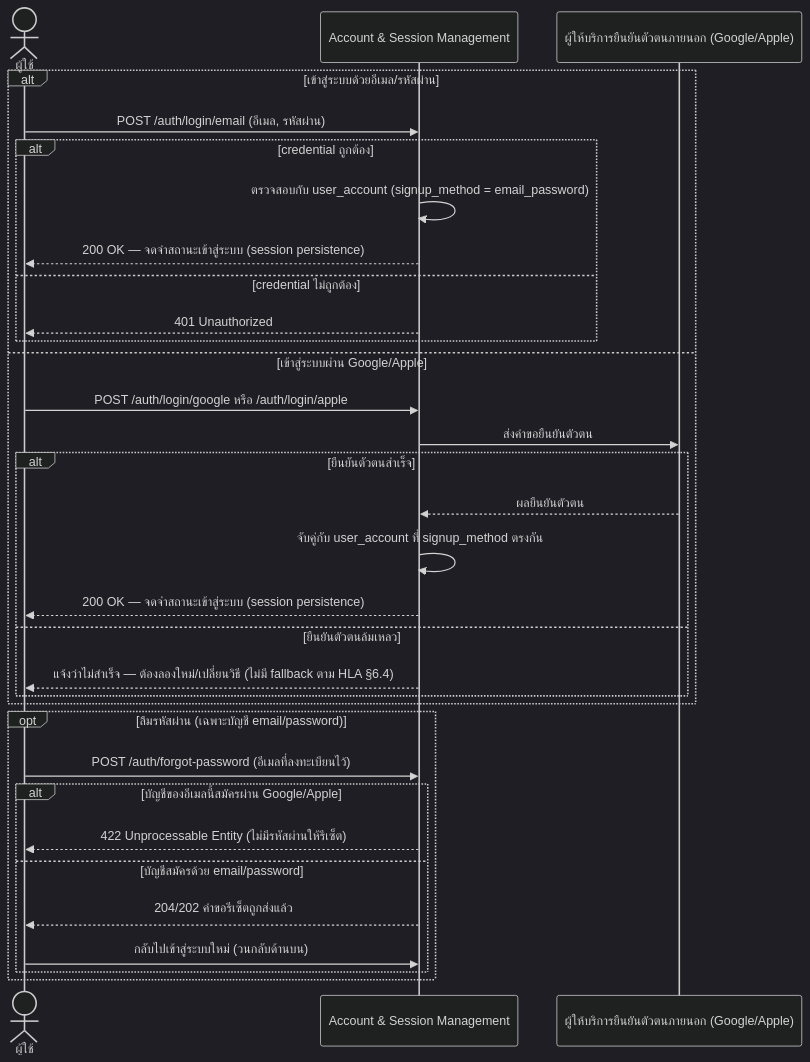
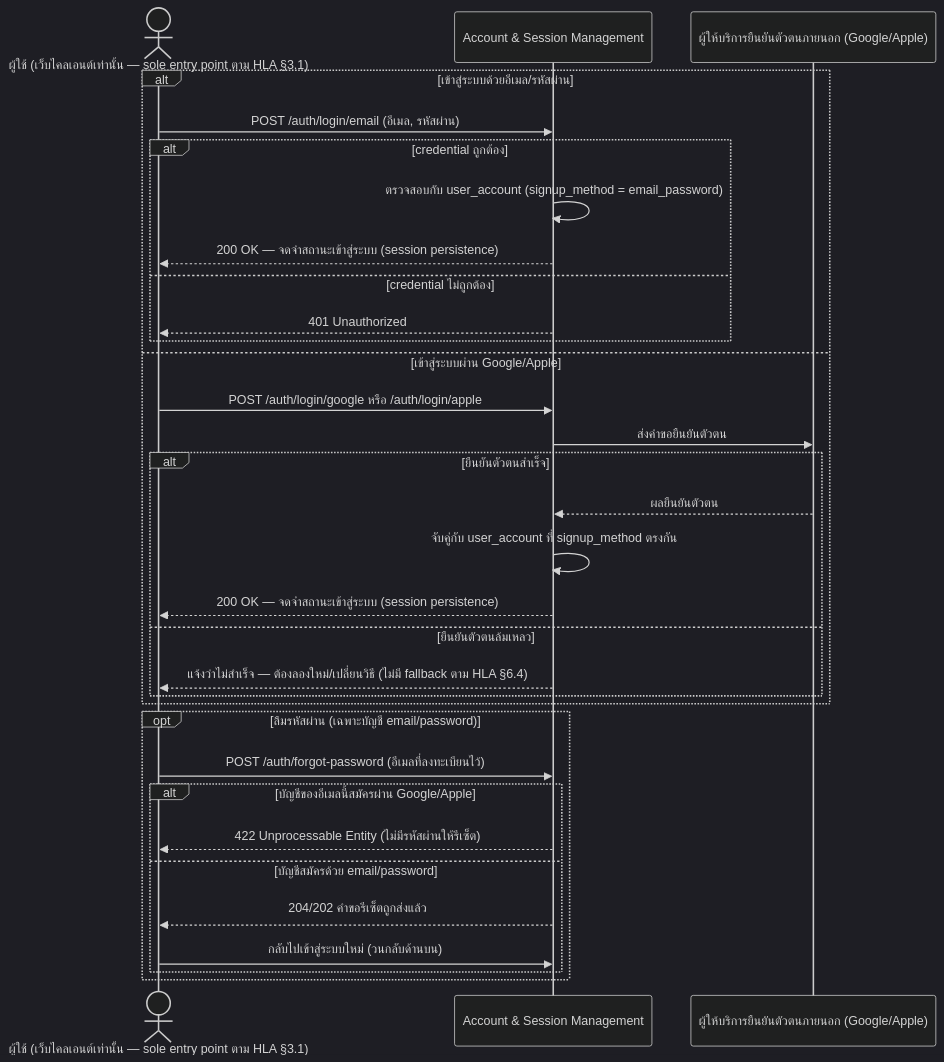
Before and after one commit to Kikofah/smartFit_daily: the second of 6 diagrams in docs/02-design/02-technical/detailed-design/01-onboarding-personalization.md, drawn with Mermaid (dark theme). The commit also changed other lines of this file and 22 other files, not shown here.

````diff
--- a/docs/02-design/02-technical/detailed-design/01-onboarding-personalization.md
+++ b/docs/02-design/02-technical/detailed-design/01-onboarding-personalization.md
@@ -94,34 +120,34 @@
 ```mermaid
 sequenceDiagram
-    actor U as ผู้ใช้
+    actor U as ผู้ใช้ (เว็บไคลเอนต์เท่านั้น — sole entry point ตาม HLA §3.1)
     participant AS as Account & Session Management
     participant IDP as ผู้ให้บริการยืนยันตัวตนภายนอก (Google/Apple)
     alt เข้าสู่ระบบด้วยอีเมล/รหัสผ่าน
         U->>AS: POST /auth/login/email (อีเมล, รหัสผ่าน)
         alt credential ถูกต้อง
             AS->>AS: ตรวจสอบกับ user_account (signup_method = email_password)
             AS-->>U: 200 OK — จดจำสถานะเข้าสู่ระบบ (session persistence)
         else credential ไม่ถูกต้อง
             AS-->>U: 401 Unauthorized
         end
     else เข้าสู่ระบบผ่าน Google/Apple
         U->>AS: POST /auth/login/google หรือ /auth/login/apple
         AS->>IDP: ส่งคำขอยืนยันตัวตน
         alt ยืนยันตัวตนสำเร็จ
             IDP-->>AS: ผลยืนยันตัวตน
             AS->>AS: จับคู่กับ user_account ที่ signup_method ตรงกัน
             AS-->>U: 200 OK — จดจำสถานะเข้าสู่ระบบ (session persistence)
         else ยืนยันตัวตนล้มเหลว
             AS-->>U: แจ้งว่าไม่สำเร็จ — ต้องลองใหม่/เปลี่ยนวิธี (ไม่มี fallback ตาม HLA §6.4)
         end
     end
     opt ลืมรหัสผ่าน (เฉพาะบัญชี email/password)
         U->>AS: POST /auth/forgot-password (อีเมลที่ลงทะเบียนไว้)
         alt บัญชีของอีเมลนี้สมัครผ่าน Google/Apple
             AS-->>U: 422 Unprocessable Entity (ไม่มีรหัสผ่านให้รีเซ็ต)
         else บัญชีสมัครด้วย email/password
             AS-->>U: 204/202 คำขอรีเซ็ตถูกส่งแล้ว
             U->>AS: กลับไปเข้าสู่ระบบใหม่ (วนกลับด้านบน)
         end
     end
 ```
````
